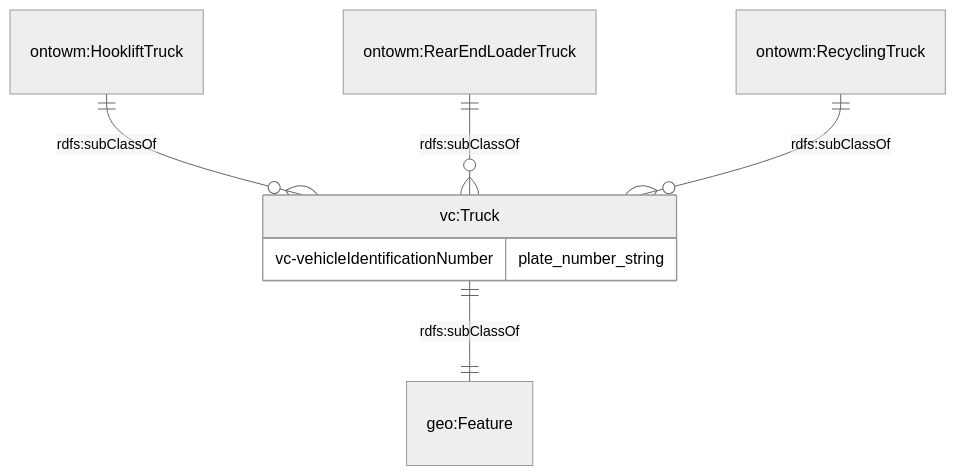
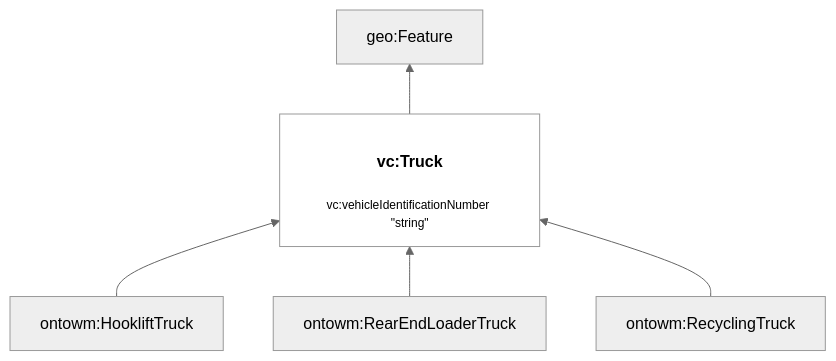
One commit to cambridge-cares/TheWorldAvatar changed diagram 11 of 13 in JPS_Ontology/ontology/ontowastemanagement/README.md. Above: the diagram before and after it, drawn with Mermaid (neutral theme). The commit also changed other lines of this file and 1 other file, not shown here.

Commit message:
dev-service-execution-ontology-extension: update to flowchart diagram in ontoservice and ontowastemanagement

````diff
--- a/JPS_Ontology/ontology/ontowastemanagement/README.md
+++ b/JPS_Ontology/ontology/ontowastemanagement/README.md
@@ -410,11 +420,13 @@
 ```mermaid
-    erDiagram
-    "vc:Truck" ||--|| "geo:Feature" : "rdfs:subClassOf"
-    "vc:Truck" {
-        vc-vehicleIdentificationNumber plate_number_string
-    }
+flowchart BT
+    %% Styling
+    classDef literal fill:none
+    classDef node overflow-wrap:break-word,text-wrap:pretty
+    linkStyle default overflow-wrap:break-word,text-wrap:pretty;
 
-    "ontowm:HookliftTruck" ||--o{ "vc:Truck" : "rdfs:subClassOf"
-    "ontowm:RearEndLoaderTruck" ||--o{ "vc:Truck" : "rdfs:subClassOf"
-    "ontowm:RecyclingTruck" ||--o{ "vc:Truck" : "rdfs:subClassOf"
+    %% Contents
+    Truck["<h4>vc:Truck</h4><p style='font-size:0.75rem;'>vc:vehicleIdentificationNumber &quot;string&quot;</p>"]:::literal --> Feature[geo:Feature]
+    ontowm:HookliftTruck --> Truck
+    ontowm:RearEndLoaderTruck --> Truck
+    ontowm:RecyclingTruck --> Truck
 ```
````
